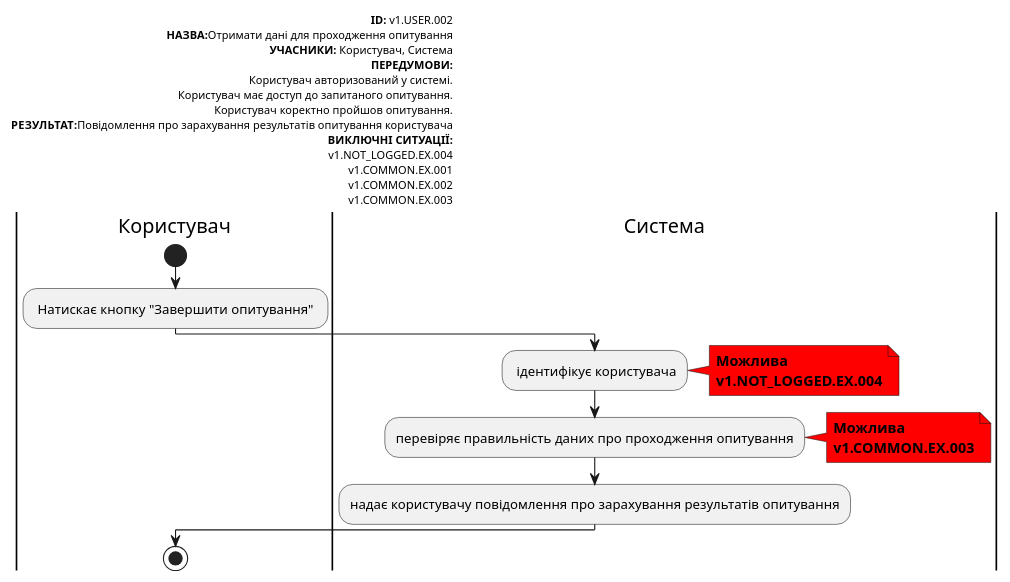
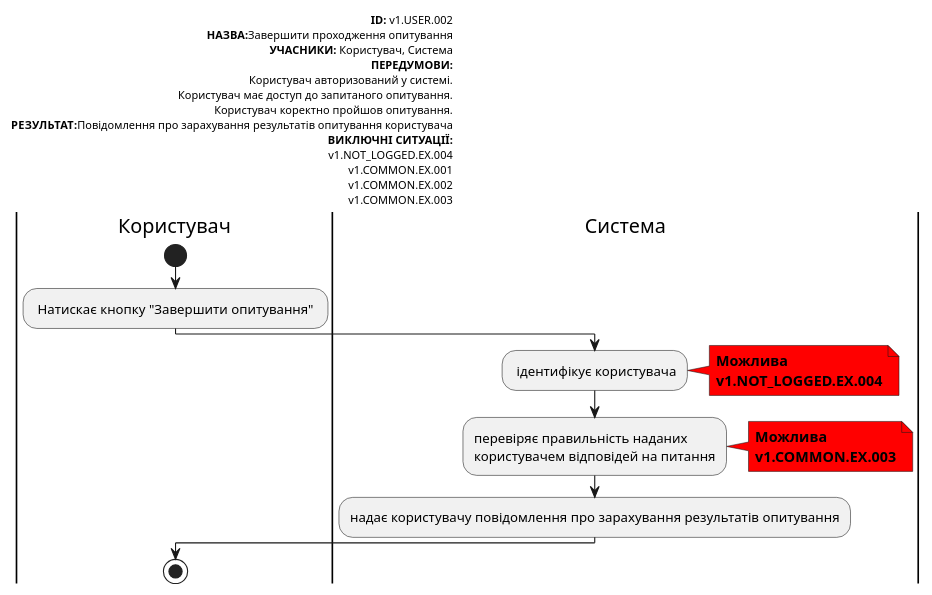
The eighth of 22 diagrams in docs/use cases/README.md (danilbezus/survey-expert), drawn with PlantUML before and after one commit. The commit also changed other lines of this file, not shown here.

```diff
--- a/docs/use cases/README.md
+++ b/docs/use cases/README.md
@@ -164,43 +257,44 @@
   @startuml
 
         left header
              <font color=000 size=10><b>ID:</b> v1.USER.002
-             <font color=000 size=10><b>НАЗВА:</b>Отримати дані для проходження опитування
+             <font color=000 size=10><b>НАЗВА:</b>Завершити проходження опитування
              <font color=000 size=10><b>УЧАСНИКИ:</b> Користувач, Система
              <font color=000 size=10><b>ПЕРЕДУМОВИ:</b>
              <font color=000 size=10>Користувач авторизований у системі.
              <font color=000 size=10>Користувач має доступ до запитаного опитування.
              <font color=000 size=10>Користувач коректно пройшов опитування.
              <font color=000 size=10><b>РЕЗУЛЬТАТ:</b>Повідомлення про зарахування результатів опитування користувача
              <font color=000 size=10><b>ВИКЛЮЧНІ СИТУАЦІЇ:</b>
              <font color=000 size=10>v1.NOT_LOGGED.EX.004
              <font color=000 size=10>v1.COMMON.EX.001
              <font color=000 size=10>v1.COMMON.EX.002
              <font color=000 size=10>v1.COMMON.EX.003
          end header
 
          |Користувач|
              start
              : Натискає кнопку "Завершити опитування" ;
 
          |Система|
              : ідентифікує користувача;
 
              note right #ff0000
              <b>Можлива</b>
              <b>v1.NOT_LOGGED.EX.004</b>
              end note
 
-             :перевіряє правильність даних про проходження опитування;
+             :перевіряє правильність наданих
+             користувачем відповідей на питання;
 
              note right #ff0000
              <b>Можлива</b>
              <b>v1.COMMON.EX.003</b>
              end note
 
              :надає користувачу повідомлення про зарахування результатів опитування;
 
          |Користувач|
              stop;
 
   @enduml
```
